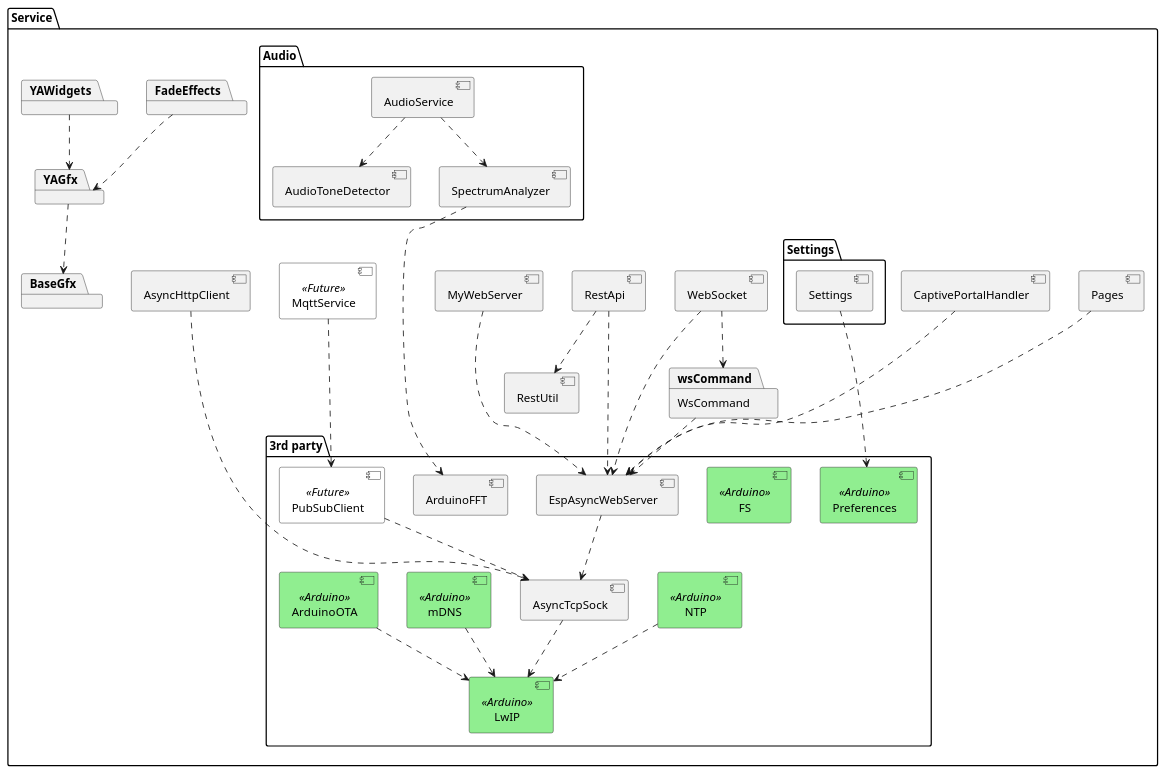
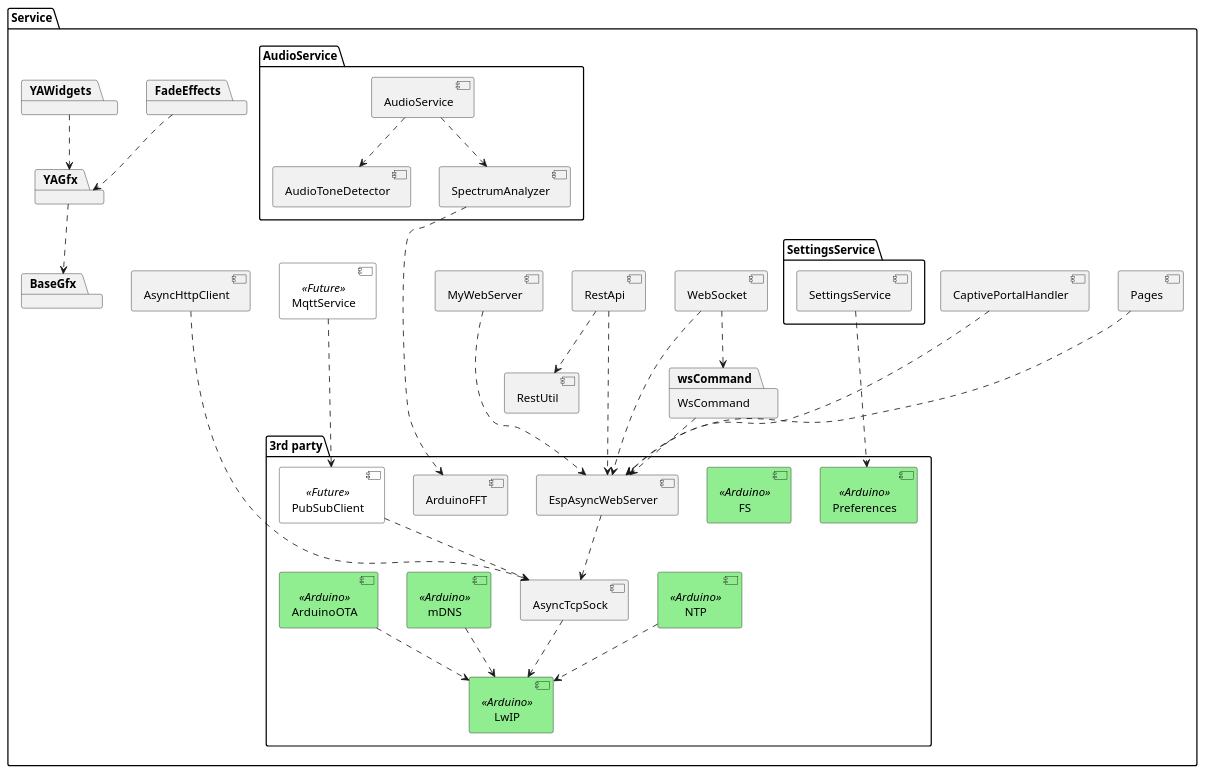
The diagram in doc/architecture/uml/service_layer.wsd (BlueAndi/Pixelix), drawn with PlantUML before and after one commit. The commit also changed 42 other files, not shown here.

```diff
--- a/doc/architecture/uml/service_layer.wsd
+++ b/doc/architecture/uml/service_layer.wsd
@@ -1,84 +1,84 @@
 @startuml
 
 skinparam component {
     BackgroundColor<<Arduino>> Lightgreen
     BackgroundColor<<Future>> White
 }
 
-package "Service" as service {
+package "Service" as servicePckg {
     component "RestApi" as restApi
     component "RestUtil" as restUtil
     component "MqttService" as mqttService <<Future>>
     component "WebSocket" as webSocket
 
-    package "Settings" {
-        component "Settings" as settings
+    package "SettingsService" {
+        component "SettingsService" as settingsService
     }
 
     component "MyWebServer" as myWebServer
     component "Pages" as pages
     component "AsyncHttpClient" as asnyHttpClient
     component "CaptivePortalHandler" as captivePortalHandler
 
-    package "Audio" as audio {
+    package "AudioService" as audioServicePckg {
         component "SpectrumAnalyzer" as spectrumAnalyzer
         component "AudioToneDetector" as audioToneDetector
         component "AudioService" as audioService
 
         audioService ..> spectrumAnalyzer
         audioService ..> audioToneDetector
     }
 
     package FadeEffects    
     package YAWidgets
     package YAGfx
     package BaseGfx
 
     FadeEffects ..> YAGfx
     YAWidgets ..> YAGfx
     YAGfx ..> BaseGfx
 
-    package "3rd party" as service3rdParty {
+    package "3rd party" as service3rdPartyPckg {
         component "PubSubClient" as pubSubClient <<Future>>
         component "FS" as fs <<Arduino>>
         component "Preferences" as preferences <<Arduino>>
         component "NTP" as ntp <<Arduino>>
 
         component "EspAsyncWebServer" as webServer
         component "AsyncTcpSock" as tcp
         component "mDNS" as dns <<Arduino>>
         component "ArduinoOTA" <<Arduino>> as ota
         component "LwIP" <<Arduino>> as lwip
         component "ArduinoFFT" as fft
 
         webServer ..> tcp
         pubSubClient ..> tcp
         tcp ..> lwip
         dns ..> lwip
         ota ..> lwip
         ntp ..> lwip
     }
 
     package "WsCommand" as wsCommand {
     }
 
     myWebServer ...> webServer
     pages ...> webServer
     asnyHttpClient ....> tcp
     captivePortalHandler ...> webServer
 
     spectrumAnalyzer ....> fft
 
     restApi ...> webServer
     mqttService ...> pubSubClient
     webSocket ...> webServer
-    settings ...> preferences
+    settingsService ...> preferences
 
     restApi ..> restUtil
 
     webSocket ..> wsCommand
 
     wsCommand ..> webServer
 }
 
 @enduml
```
